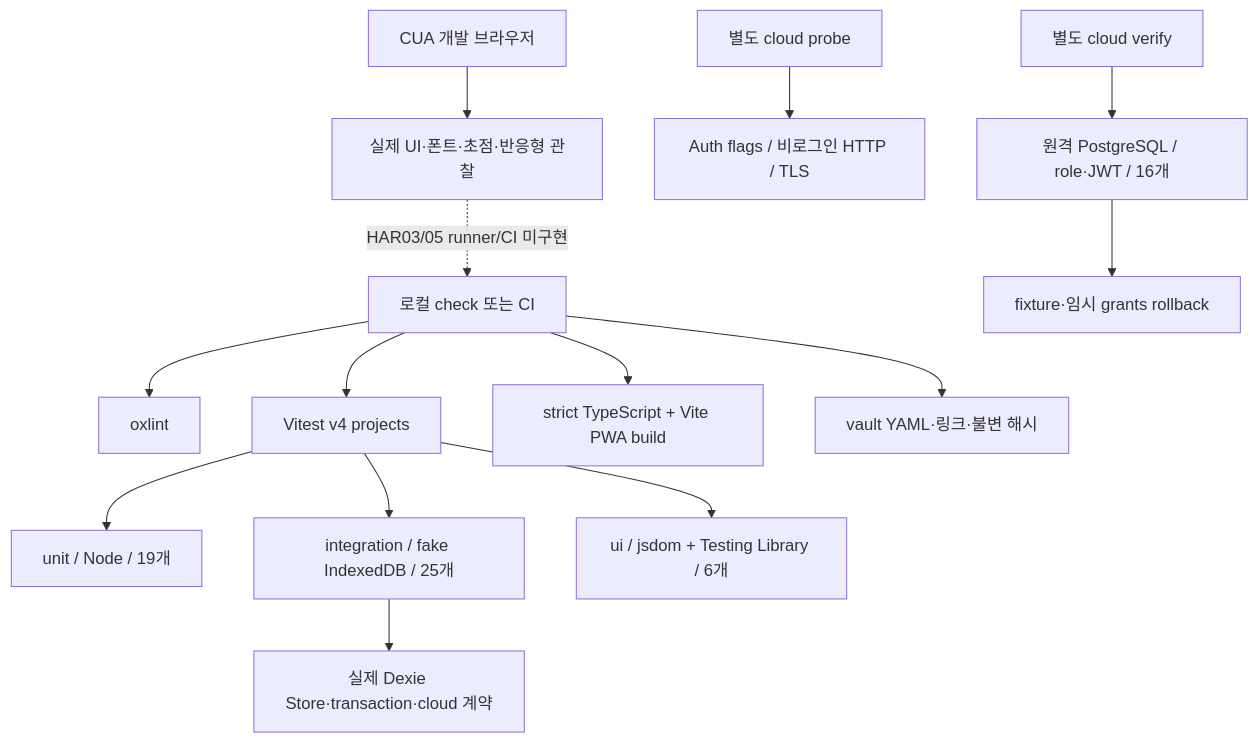
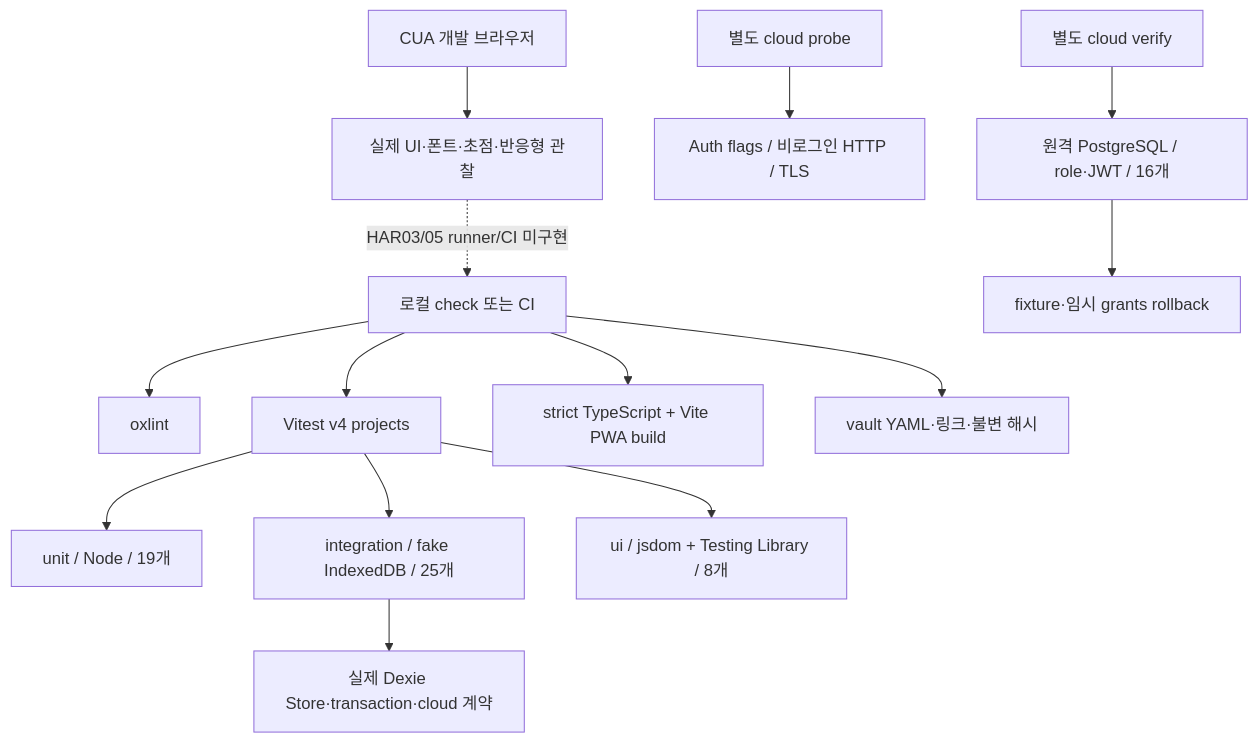
Before and after one commit to Jeongjibsa/lightweight: the diagram in vault/wiki/operations/testing-harness.md, drawn with Mermaid. The commit also changed other lines of this file and 14 other files, not shown here.

````diff
--- a/vault/wiki/operations/testing-harness.md
+++ b/vault/wiki/operations/testing-harness.md
@@ -50,16 +53,16 @@
 ```mermaid
 flowchart TD
   A[로컬 check 또는 CI] --> B[oxlint]
   A --> C[Vitest v4 projects]
   C --> U[unit / Node / 19개]
   C --> I[integration / fake IndexedDB / 25개]
-  C --> J[ui / jsdom + Testing Library / 6개]
+  C --> J[ui / jsdom + Testing Library / 8개]
   I --> D[실제 Dexie Store·transaction·cloud 계약]
   A --> E[strict TypeScript + Vite PWA build]
   A --> V[vault YAML·링크·불변 해시]
   S[별도 cloud verify] --> P[원격 PostgreSQL / role·JWT / 16개]
   P --> R[fixture·임시 grants rollback]
   H[별도 cloud probe] --> T[Auth flags / 비로그인 HTTP / TLS]
   X[CUA 개발 브라우저] --> Y[실제 UI·폰트·초점·반응형 관찰]
   Y -. HAR03/05 runner/CI 미구현 .-> A
 ```
````
